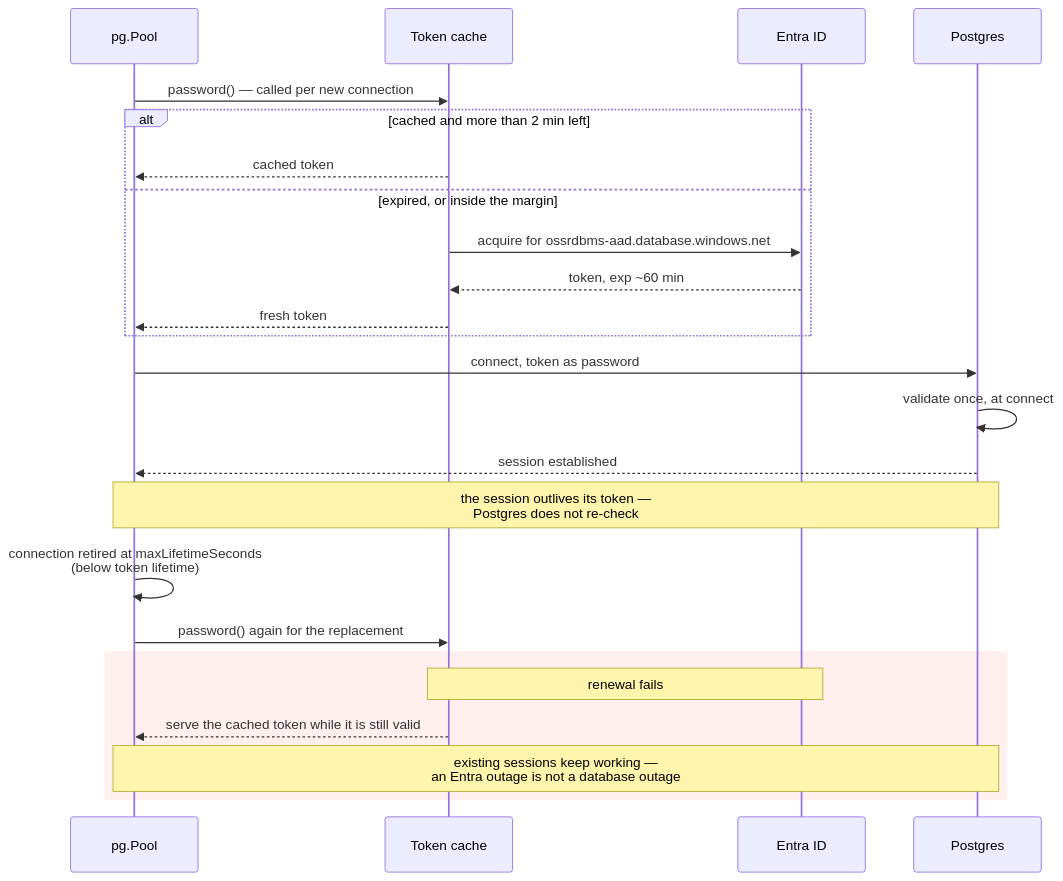
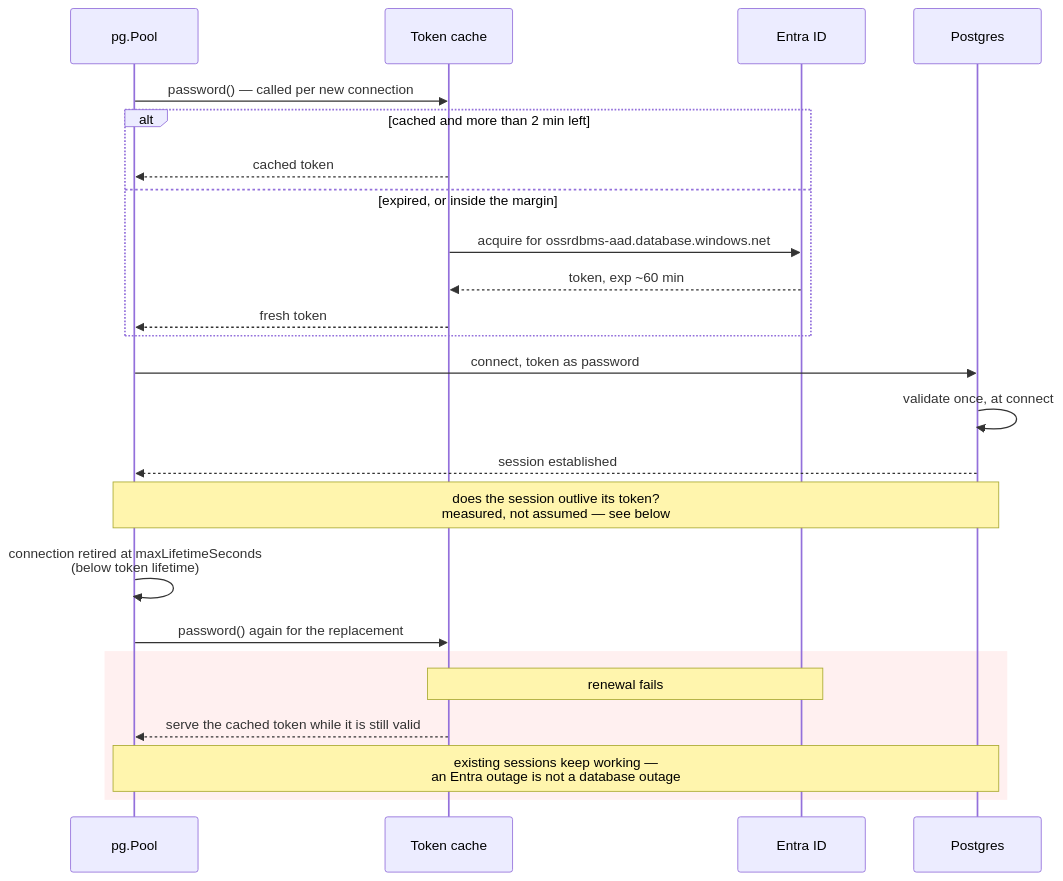
The ninth of 10 diagrams in docs/architecture.md (mbahgatTech/switchback), drawn with Mermaid before and after one commit. The commit also changed other lines of this file, not shown here.

Commit message:
Do not claim the expiry behaviour before the measurement lands

````diff
--- a/docs/architecture.md
+++ b/docs/architecture.md
@@ -286,29 +286,29 @@
 ```mermaid
 sequenceDiagram
   participant P as pg.Pool
   participant T as Token cache
   participant E as Entra ID
   participant DB as Postgres
 
   P->>T: password() — called per new connection
   alt cached and more than 2 min left
     T-->>P: cached token
   else expired, or inside the margin
     T->>E: acquire for ossrdbms-aad.database.windows.net
     E-->>T: token, exp ~60 min
     T-->>P: fresh token
   end
   P->>DB: connect, token as password
   DB->>DB: validate once, at connect
   DB-->>P: session established
 
-  Note over P,DB: the session outlives its token —<br/>Postgres does not re-check
+  Note over P,DB: does the session outlive its token?<br/>measured, not assumed — see below
   P->>P: connection retired at maxLifetimeSeconds<br/>(below token lifetime)
   P->>T: password() again for the replacement
 
   rect rgb(255, 240, 240)
     Note over T,E: renewal fails
     T-->>P: serve the cached token while it is still valid
     Note over P,DB: existing sessions keep working —<br/>an Entra outage is not a database outage
   end
 ```
````
